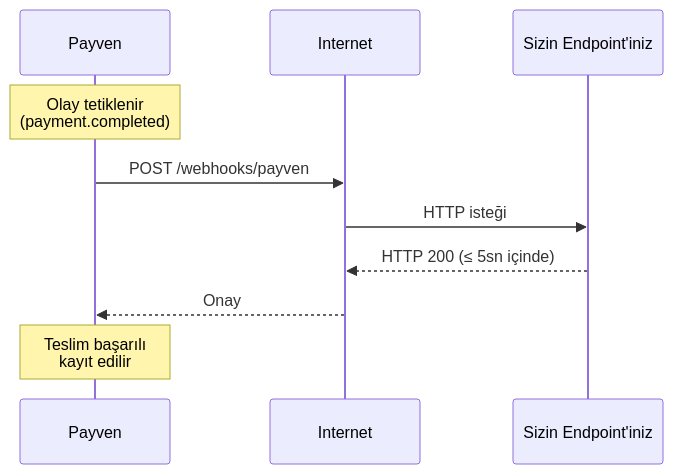
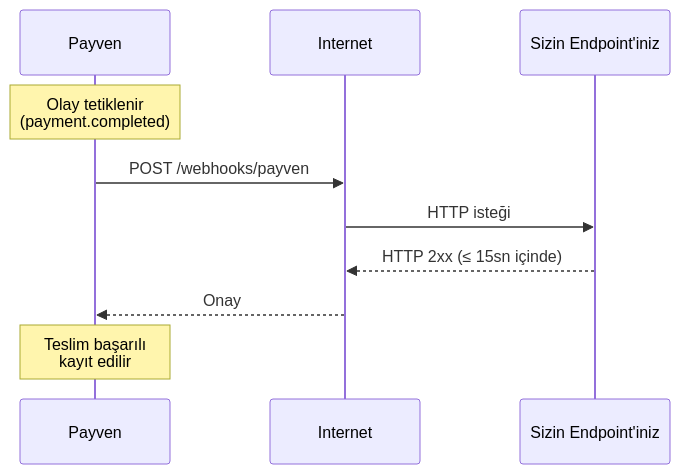
The diagram in documentation/concepts/webhooks.mdx (payment-pos/mintlify), drawn with Mermaid before and after one commit. The commit also changed other lines of this file and 73 other files, not shown here.

````diff
--- a/documentation/concepts/webhooks.mdx
+++ b/documentation/concepts/webhooks.mdx
@@ -23,13 +23,13 @@
 ```mermaid
 sequenceDiagram
     participant Payven
     participant Net as Internet
     participant You as Sizin Endpoint'iniz
 
     Note over Payven: Olay tetiklenir<br/>(payment.completed)
     Payven->>Net: POST /webhooks/payven
     Net->>You: HTTP isteği
-    You-->>Net: HTTP 200 (≤ 5sn içinde)
+    You-->>Net: HTTP 2xx (≤ 15sn içinde)
     Net-->>Payven: Onay
     Note over Payven: Teslim başarılı<br/>kayıt edilir
 ```
````
